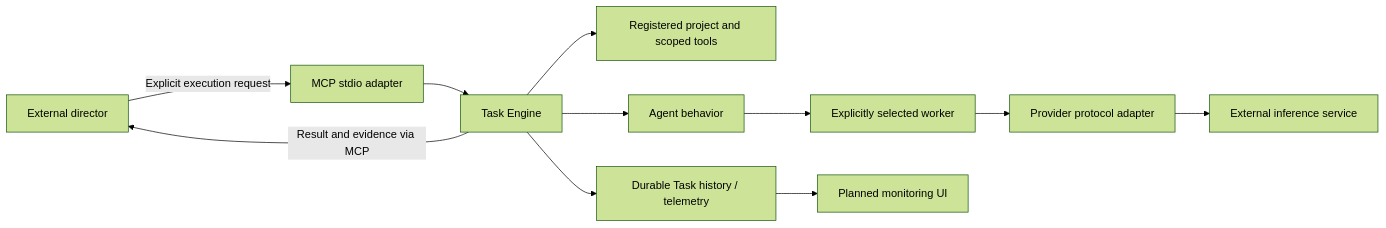
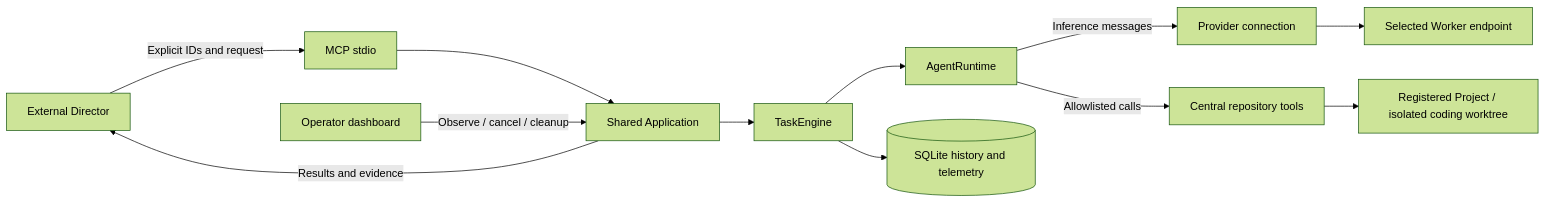
The diagram in docs/architecture.md (tinuvael/AgentForge), drawn with Mermaid (forest theme) before and after one commit. The commit also changed other lines of this file and 47 other files, not shown here.

````diff
--- a/docs/architecture.md
+++ b/docs/architecture.md
@@ -39,13 +23,14 @@
 ```mermaid
 flowchart LR
-    D[External director] -->|Explicit execution request| M[MCP stdio adapter]
-    M --> E[Task Engine]
-    E --> P[Registered project and scoped tools]
-    E --> A[Agent behavior]
-    A --> W[Explicitly selected worker]
-    W --> V[Provider protocol adapter]
-    V --> I[External inference service]
-    E --> T[Durable Task history / telemetry]
-    T --> U[Planned monitoring UI]
-    E -->|Result and evidence via MCP| D
+    D[External Director] -->|Explicit IDs and request| M[MCP stdio]
+    M --> A[Shared Application]
+    U[Operator dashboard] -->|Observe / cancel / cleanup| A
+    A --> E[TaskEngine]
+    E --> R[AgentRuntime]
+    R -->|Inference messages| P[Provider connection]
+    P --> W[Selected Worker endpoint]
+    R -->|Allowlisted calls| T[Central repository tools]
+    T --> F[Registered Project / isolated coding worktree]
+    E --> B[(SQLite history and telemetry)]
+    A -->|Results and evidence| D
 ```
````
